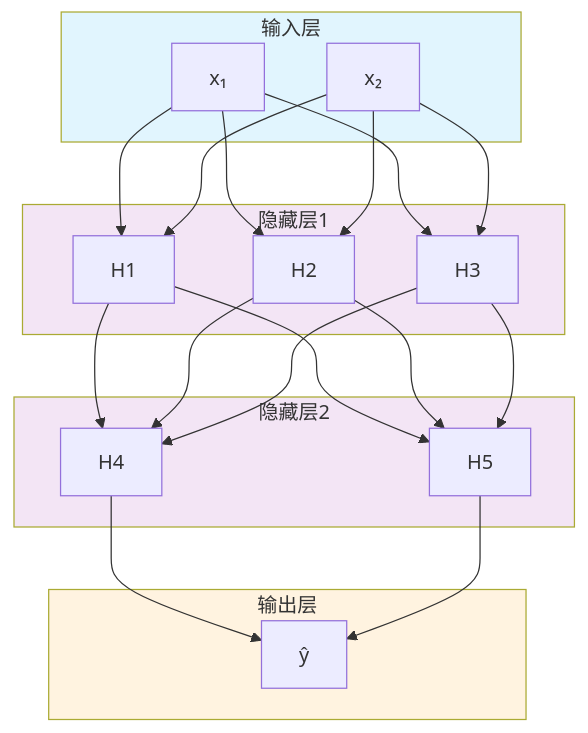
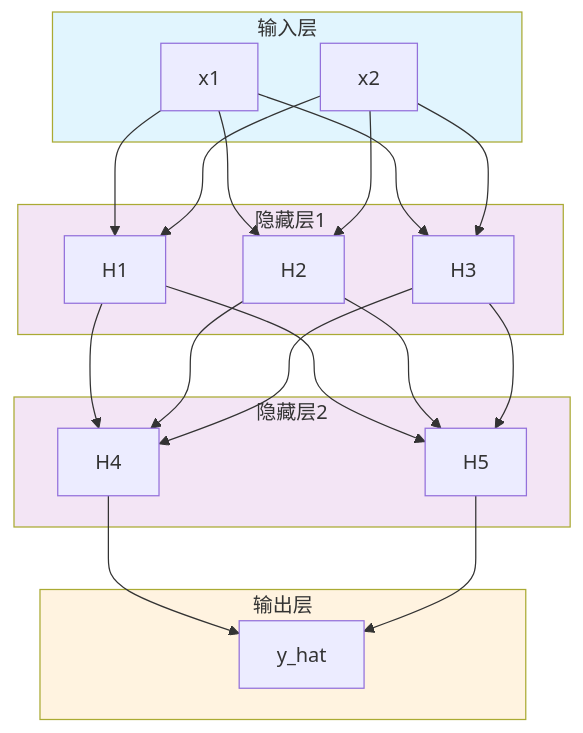
One commit to doge-liang/from-function-to-transformer changed the first of 4 diagrams in docs/02-neural-networks.md. Above: the diagram before and after it, drawn with Mermaid. The commit also changed other lines of this file and 3 other files, not shown here.

First line of the commit message:
Fix mermaid special characters

````diff
--- a/docs/02-neural-networks.md
+++ b/docs/02-neural-networks.md
@@ -11,42 +11,42 @@
 ```mermaid
 graph TD
     subgraph 输入层
-    I1[x₁]
-    I2[x₂]
+    I1[x1]
+    I2[x2]
     end
 
     subgraph 隐藏层1
     H1
     H2
     H3
     end
 
     subgraph 隐藏层2
     H4
     H5
     end
 
     subgraph 输出层
-    O1[ŷ]
+    O1[y_hat]
     end
 
     I1 --> H1
     I1 --> H2
     I1 --> H3
     I2 --> H1
     I2 --> H2
     I2 --> H3
     H1 --> H4
     H1 --> H5
     H2 --> H4
     H2 --> H5
     H3 --> H4
     H3 --> H5
     H4 --> O1
     H5 --> O1
 
     style 输入层 fill:#e1f5fe
     style 输出层 fill:#fff3e0
     style 隐藏层1 fill:#f3e5f5
     style 隐藏层2 fill:#f3e5f5
 ```
````
